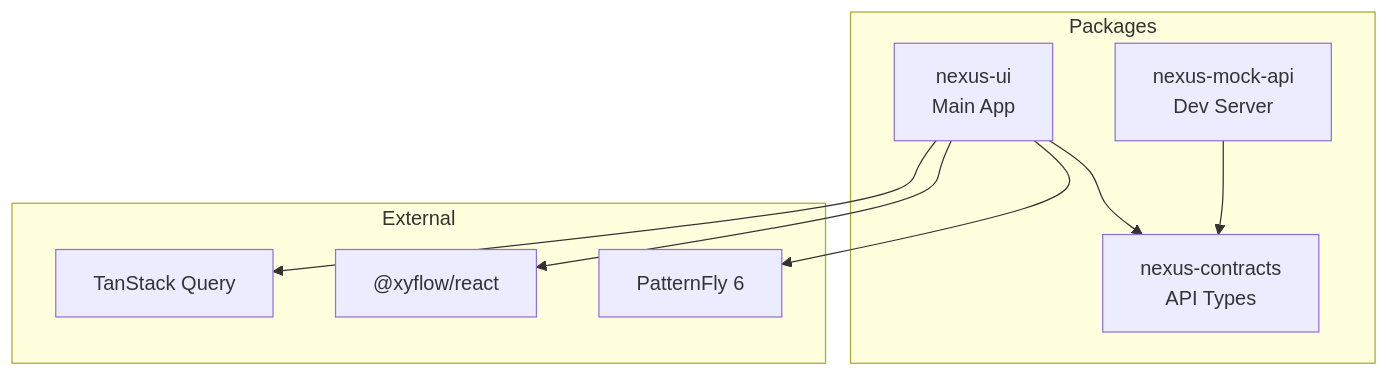
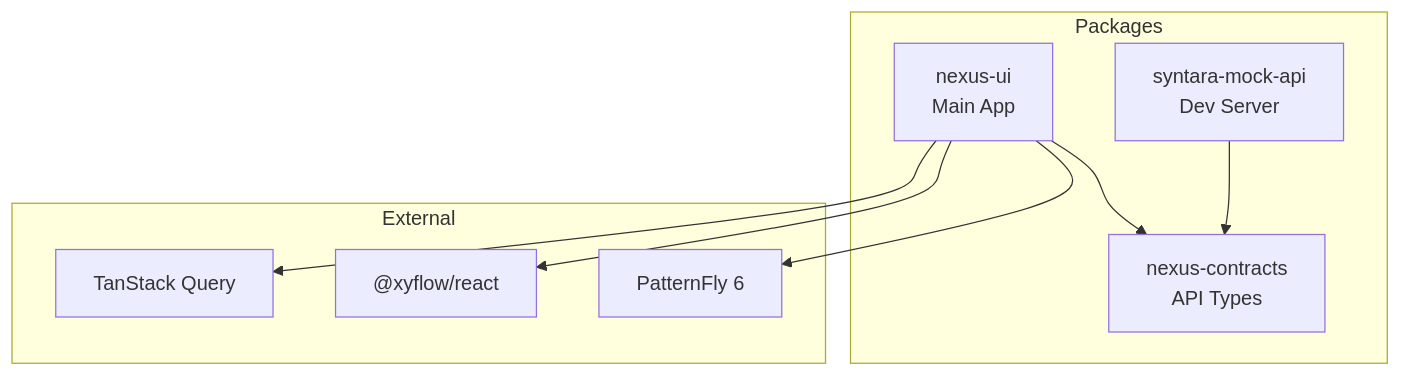
Before and after one commit to alinabuzachis/syntara: the fourth of 19 diagrams in frontend/docs/architecture.md, drawn with Mermaid. The commit also changed other lines of this file and 156 other files, not shown here.

First line of the commit message:
refactor: rename @ansible/nexus-mock-api to @syntara/mock-api (#945)

````diff
--- a/frontend/docs/architecture.md
+++ b/frontend/docs/architecture.md
@@ -246,21 +246,21 @@
 ```mermaid
 flowchart TB
   subgraph Packages
     UI[nexus-ui<br/>Main App]
     Contracts[nexus-contracts<br/>API Types]
-    Mock[nexus-mock-api<br/>Dev Server]
+    Mock[syntara-mock-api<br/>Dev Server]
   end
 
   UI --> Contracts
   Mock --> Contracts
 
   subgraph External
     PatternFly[PatternFly 6]
     ReactFlow["@xyflow/react"]
     TanStack[TanStack Query]
   end
 
   UI --> PatternFly
   UI --> ReactFlow
   UI --> TanStack
 ```
````
